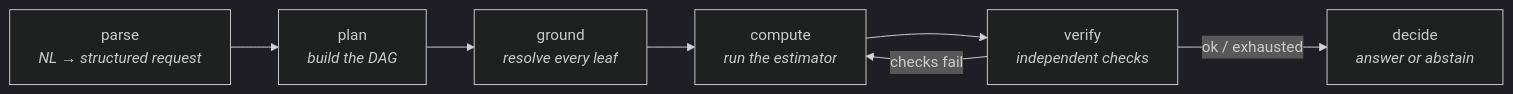
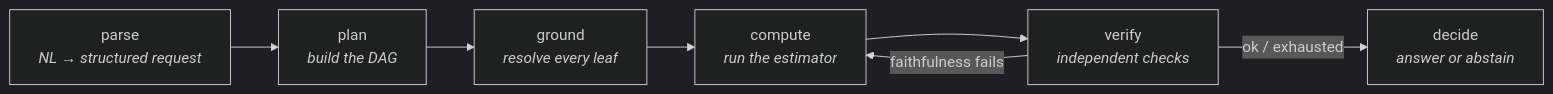
Before and after one commit to doukhouhajar/numbers-with-receipts: the diagram in README.md, drawn with Mermaid (dark theme). The commit also changed other lines of this file, not shown here.

````diff
--- a/README.md
+++ b/README.md
@@ -24,9 +24,9 @@
 ```mermaid
 flowchart LR
     parse["parse<br/><i>NL → structured request</i>"] --> plan["plan<br/><i>build the DAG</i>"]
     plan --> ground["ground<br/><i>resolve every leaf</i>"]
     ground --> compute["compute<br/><i>run the estimator</i>"]
     compute --> verify["verify<br/><i>independent checks</i>"]
-    verify -->|checks fail| compute
+    verify -->|faithfulness fails| compute
     verify -->|ok / exhausted| decide["decide<br/><i>answer or abstain</i>"]
 ```
````
